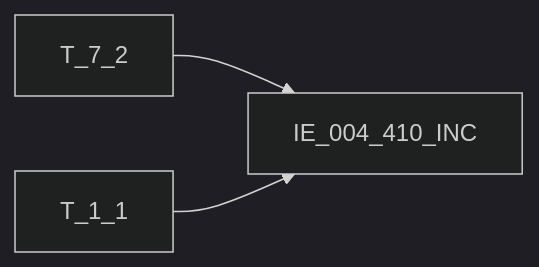
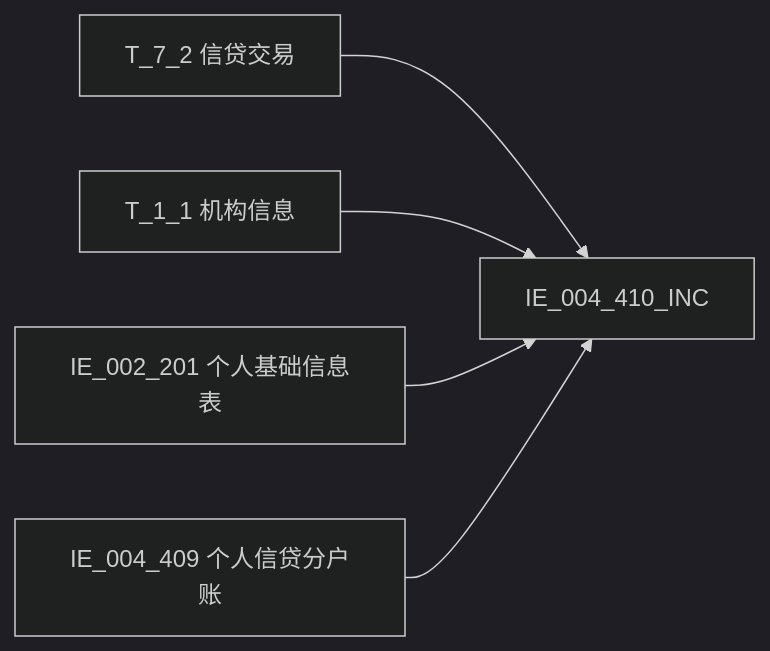
The diagram in regulatory-data-lab/知识库/血缘/EAST5.0系统/血缘-IE_004_410_INC-个人信贷分户账明细记录-EAST5.0系统.md (zhoujk1989-arch/Obsidian), drawn with Mermaid (dark theme) before and after one commit. The commit also changed other lines of this file and 9 other files, not shown here.

First line of the commit message:
``` chore(config): 更新图谱缩放配置

````diff
--- a/regulatory-data-lab/知识库/血缘/EAST5.0系统/血缘-IE_004_410_INC-个人信贷分户账明细记录-EAST5.0系统.md
+++ b/regulatory-data-lab/知识库/血缘/EAST5.0系统/血缘-IE_004_410_INC-个人信贷分户账明细记录-EAST5.0系统.md
@@ -100,5 +106,7 @@
 ```mermaid
 flowchart LR
-    S1["T_7_2"] --> T["IE_004_410_INC"]
-    S2["T_1_1"] --> T["IE_004_410_INC"]
+    S1["T_7_2 信贷交易"] --> T["IE_004_410_INC"]
+    S2["T_1_1 机构信息"] --> T["IE_004_410_INC"]
+    S3["IE_002_201 个人基础信息表"] --> T["IE_004_410_INC"]
+    S4["IE_004_409 个人信贷分户账"] --> T["IE_004_410_INC"]
 ```
````
